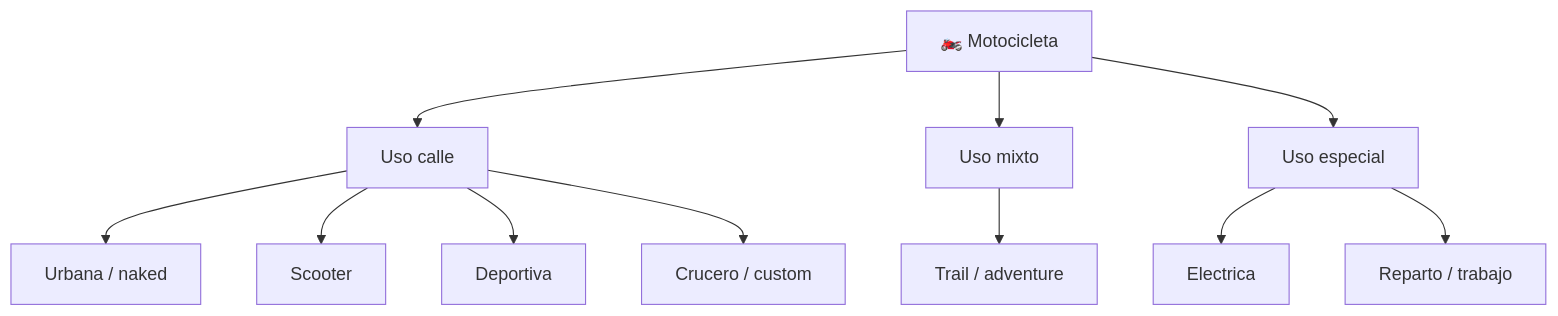
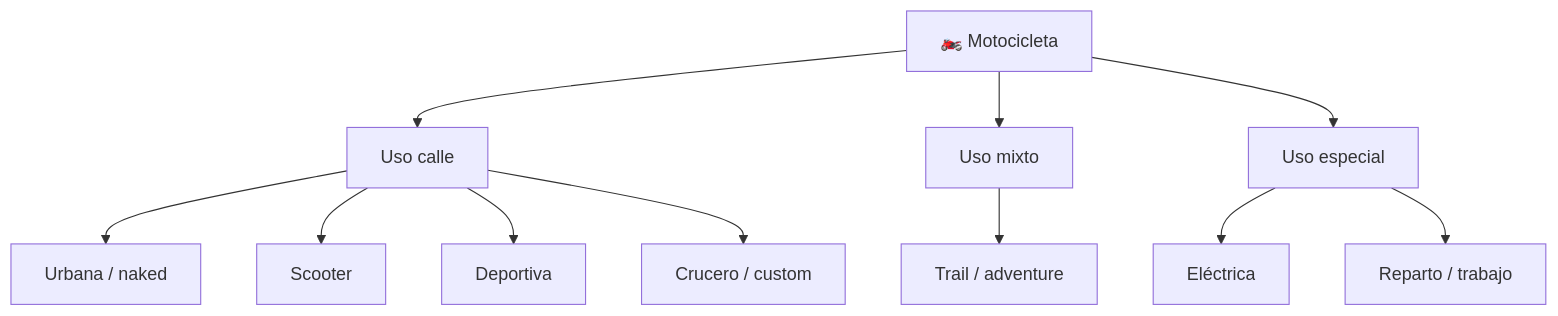
The diagram in vehiculos/motos/operacion/caracteristicas-moto.md (vladimiracunadev-create/machine-operator-program), drawn with Mermaid before and after one commit. The commit also changed other lines of this file and 442 other files, not shown here.

````diff
--- a/vehiculos/motos/operacion/caracteristicas-moto.md
+++ b/vehiculos/motos/operacion/caracteristicas-moto.md
@@ -33,13 +33,13 @@
 ```mermaid
 flowchart TD
     Moto[🏍️ Motocicleta] --> Calle[Uso calle]
     Moto --> Mixto[Uso mixto]
     Moto --> Especial[Uso especial]
     Calle --> Urbana[Urbana / naked]
     Calle --> Scooter[Scooter]
     Calle --> Deportiva[Deportiva]
     Calle --> Crucero[Crucero / custom]
     Mixto --> Trail[Trail / adventure]
-    Especial --> Electrica[Electrica]
+    Especial --> Electrica[Eléctrica]
     Especial --> Reparto[Reparto / trabajo]
 ```
````
